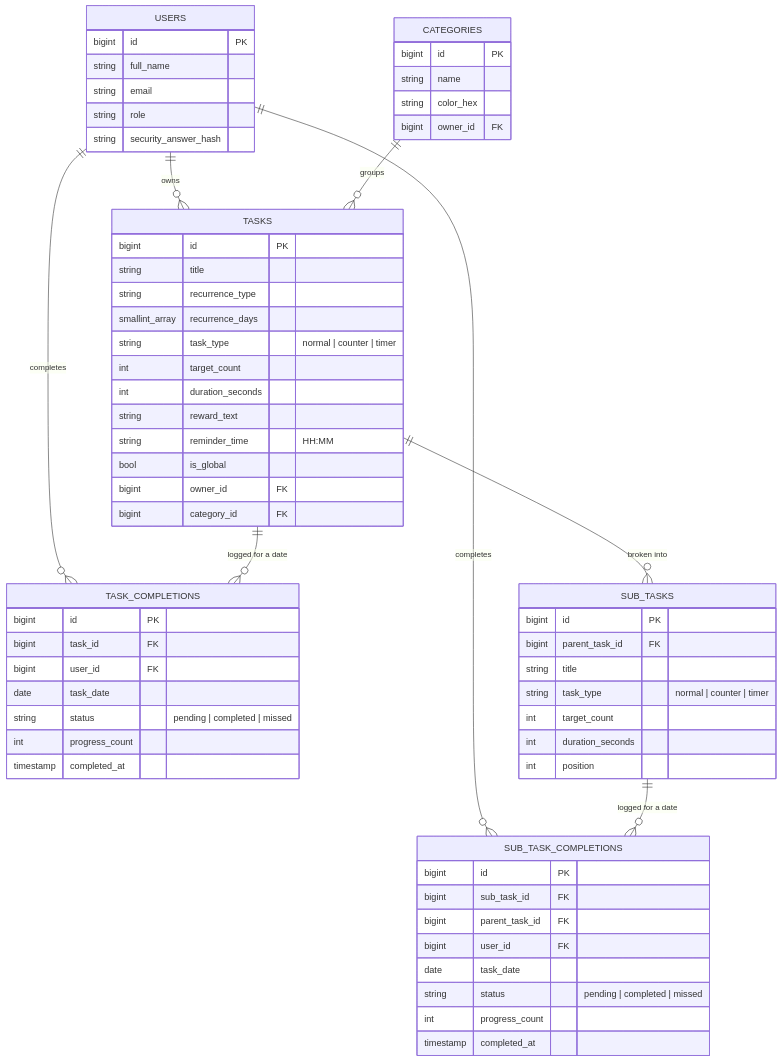
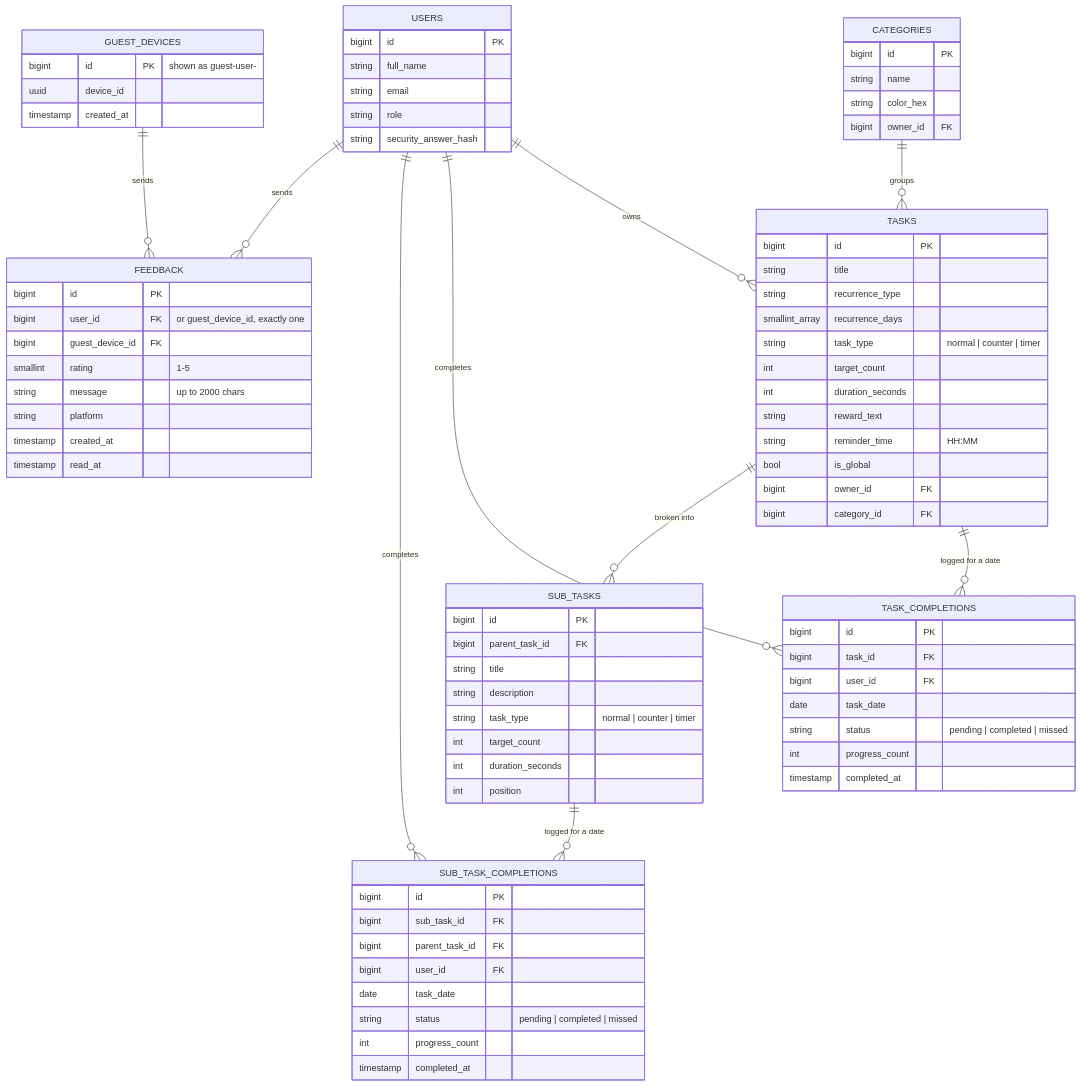
The second of 2 diagrams in README.md (Farhan0140/_Soul_Shield), drawn with Mermaid before and after one commit. The commit also changed other lines of this file and 12 other files, not shown here.

````diff
--- a/README.md
+++ b/README.md
@@ -223,6 +354,8 @@
     USERS ||--o{ TASKS : owns
     USERS ||--o{ TASK_COMPLETIONS : completes
     USERS ||--o{ SUB_TASK_COMPLETIONS : completes
+    USERS ||--o{ FEEDBACK : sends
+    GUEST_DEVICES ||--o{ FEEDBACK : sends
     CATEGORIES ||--o{ TASKS : groups
     TASKS ||--o{ TASK_COMPLETIONS : "logged for a date"
     TASKS ||--o{ SUB_TASKS : "broken into"
@@ -268,6 +401,7 @@
         bigint id PK
         bigint parent_task_id FK
         string title
+        string description
         string task_type "normal | counter | timer"
         int target_count
         int duration_seconds
@@ -283,4 +417,19 @@
         int progress_count
         timestamp completed_at
     }
+    GUEST_DEVICES {
+        bigint id PK "shown as guest-user-<id>"
+        uuid device_id
+        timestamp created_at
+    }
+    FEEDBACK {
+        bigint id PK
+        bigint user_id FK "or guest_device_id, exactly one"
+        bigint guest_device_id FK
+        smallint rating "1-5"
+        string message "up to 2000 chars"
+        string platform
+        timestamp created_at
+        timestamp read_at
+    }
 ```
````
